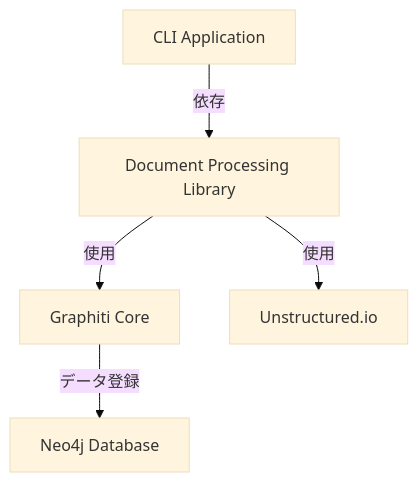
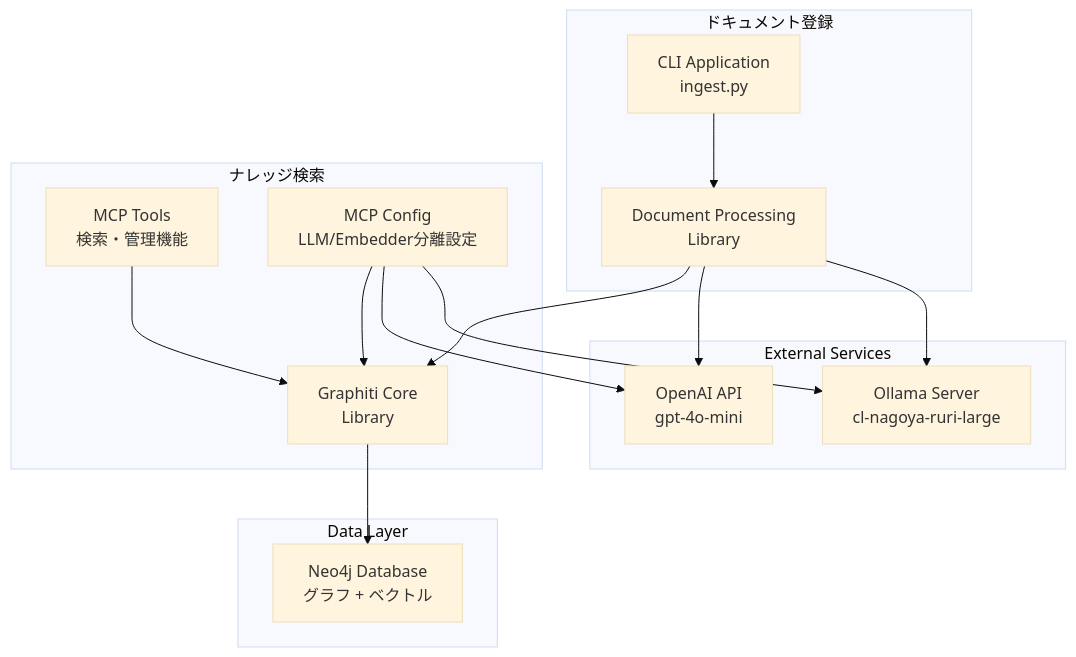
Before and after one commit to suwa-sh/local-RAG-backend: the second of 9 diagrams in DEVELOPER.md, drawn with Mermaid (base theme). The commit also changed other lines of this file and 24 other files, not shown here.

````diff
--- a/DEVELOPER.md
+++ b/DEVELOPER.md
@@ -27,13 +45,32 @@
 ```mermaid
 graph TB
-    CLI[CLI Application]
-    DPL[Document Processing Library]
-    GC[Graphiti Core]
-    UN[Unstructured.io]
-    Neo4j[Neo4j Database]
+    subgraph "ドキュメント登録"
+        CLI[CLI Application<br/>ingest.py]
+        DPL[Document Processing<br/>Library]
+    end
 
-    CLI -->|依存| DPL
-    DPL -->|使用| GC
-    DPL -->|使用| UN
-    GC -->|データ登録| Neo4j
+    subgraph "ナレッジ検索"
+        MCPTools[MCP Tools<br/>検索・管理機能]
+        GraphitiCore[Graphiti Core<br/>Library]
+        MCPConfig[MCP Config<br/>LLM/Embedder分離設定]
+    end
+
+    subgraph "Data Layer"
+        Neo4j[Neo4j Database<br/>グラフ + ベクトル]
+    end
+
+    subgraph "External Services"
+        OpenAI[OpenAI API<br/>gpt-4o-mini]
+        Ollama[Ollama Server<br/>cl-nagoya-ruri-large]
+    end
+
+    CLI --> DPL
+    DPL --> GraphitiCore
+    MCPTools --> GraphitiCore
+    MCPConfig --> GraphitiCore
+    GraphitiCore --> Neo4j
+    DPL --> OpenAI
+    DPL --> Ollama
+    MCPConfig --> OpenAI
+    MCPConfig --> Ollama
 ```
````
